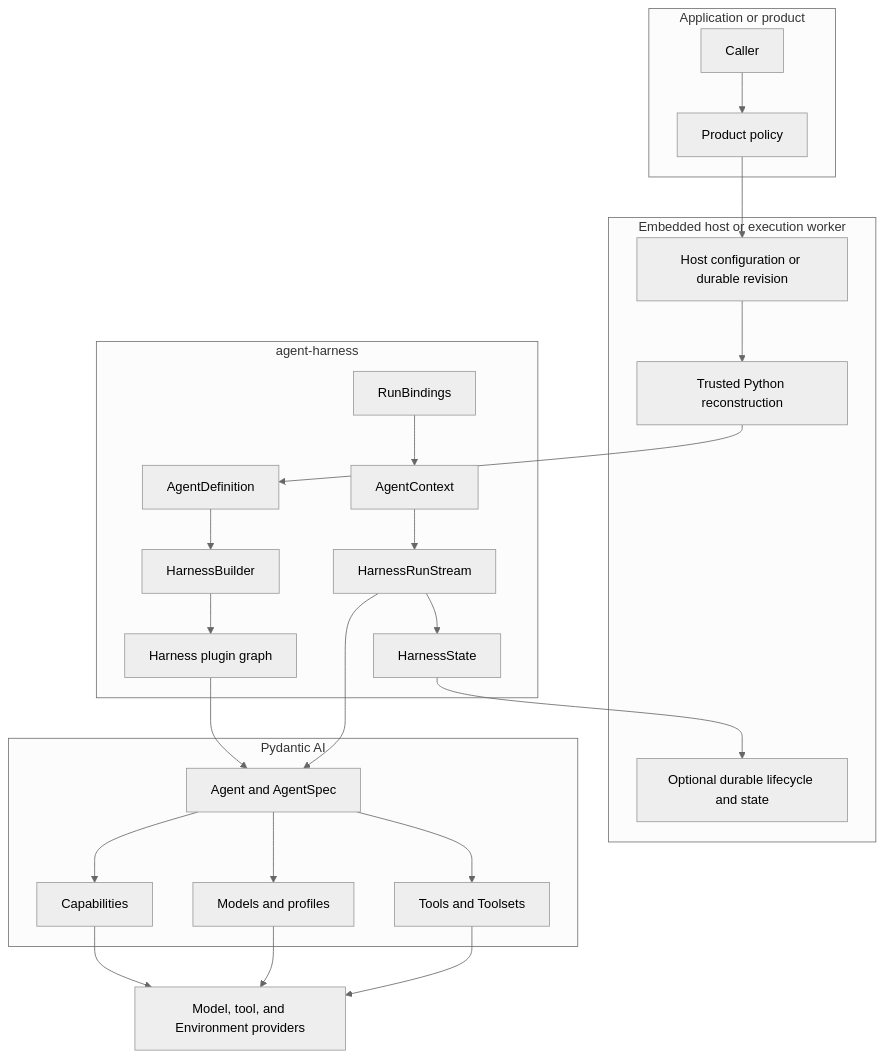
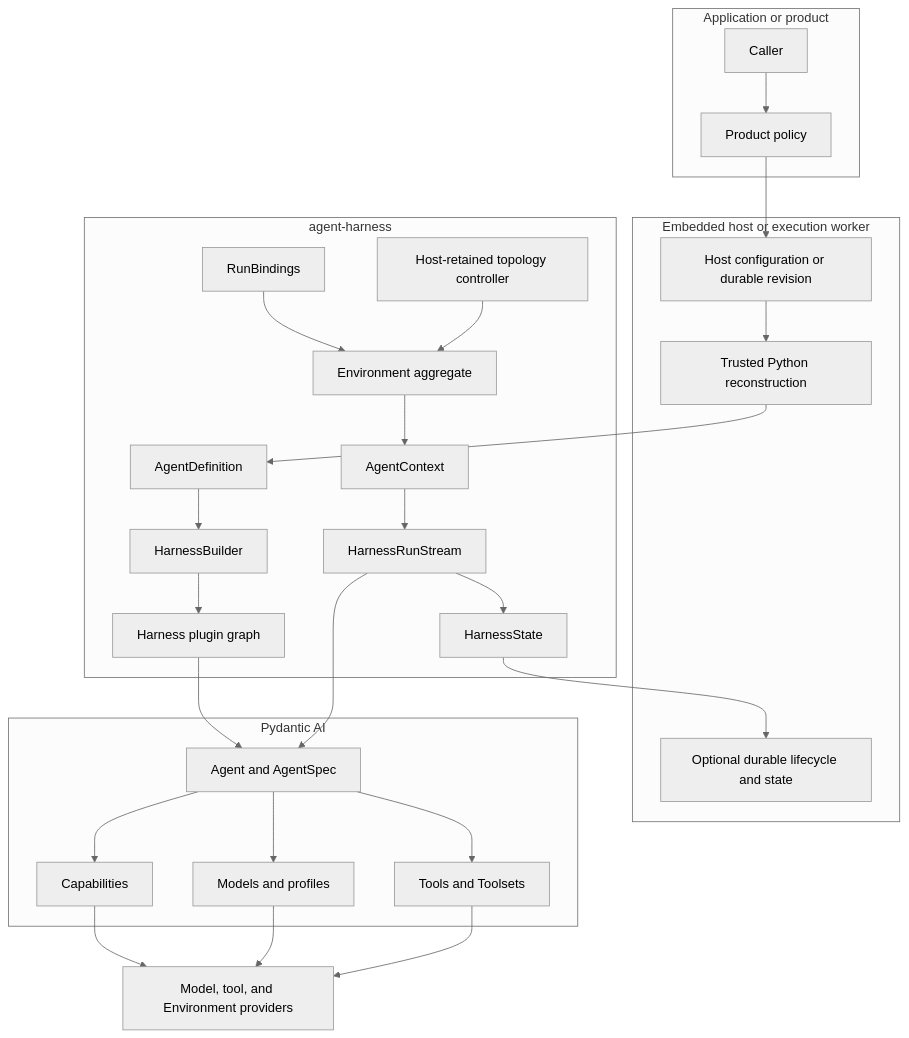
Before and after one commit to LTThreeComma/agent-foundation: the first of 2 diagrams in spec/agent-harness/00-overview.md, drawn with Mermaid (neutral theme). The commit also changed other lines of this file and 25 other files, not shown here.

````diff
--- a/spec/agent-harness/00-overview.md
+++ b/spec/agent-harness/00-overview.md
@@ -25,38 +26,41 @@
 ```mermaid
 flowchart TB
     subgraph Product[Application or product]
         Caller[Caller]
         Policy[Product policy]
     end
 
     subgraph Host[Embedded host or execution worker]
         DefinitionSource[Host configuration or durable revision]
         Reconstruct[Trusted Python reconstruction]
         Durable[Optional durable lifecycle and state]
     end
 
     subgraph Harness[agent-harness]
         Definition[AgentDefinition]
         Builder[HarnessBuilder]
         Plugins[Harness plugin graph]
         Bindings[RunBindings]
         Context[AgentContext]
+        Environment[Environment aggregate]
+        Controller[Host-retained topology controller]
         Stream[HarnessRunStream]
         State[HarnessState]
     end
 
     subgraph Pydantic[Pydantic AI]
         Agent[Agent and AgentSpec]
         Capabilities[Capabilities]
         Models[Models and profiles]
         Toolsets[Tools and Toolsets]
     end
 
     Providers[Model, tool, and Environment providers]
 
     Caller --> Policy --> DefinitionSource --> Reconstruct --> Definition
     Definition --> Builder --> Plugins --> Agent
-    Bindings --> Context --> Stream --> Agent
+    Bindings --> Environment --> Context --> Stream --> Agent
+    Controller --> Environment
     Agent --> Capabilities & Models & Toolsets --> Providers
     Stream --> State --> Durable
 ```
````
